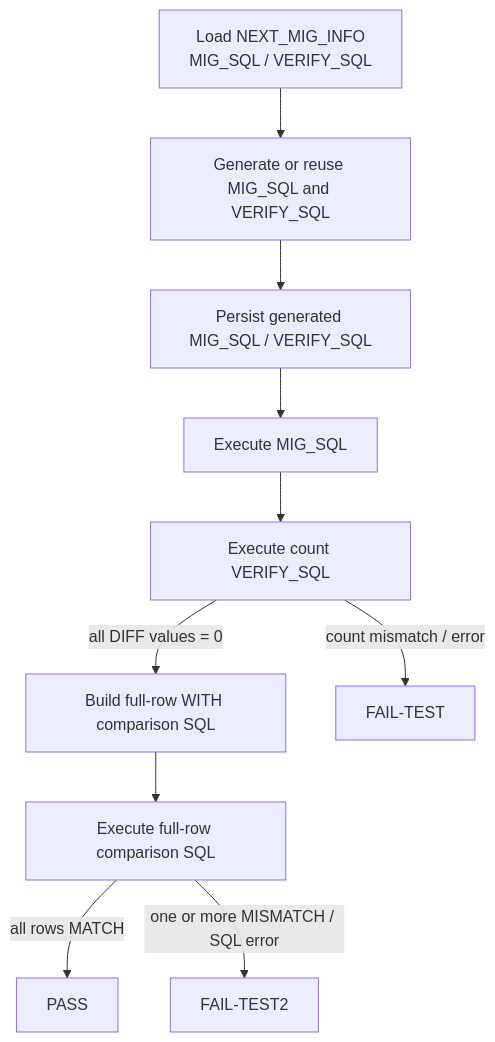
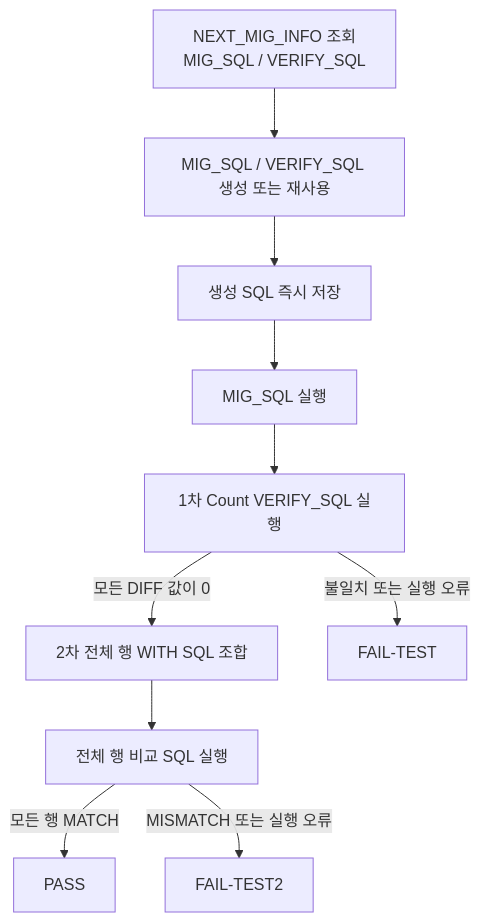
One commit to seongikjin227-jpg/refactoring_smartMigrate changed the first of 2 diagrams in smartMigrate_2.0_Langflow/00_guide/00_executor2_full_row_verify_guide.md. Above: the diagram before and after it, drawn with Mermaid. The commit also changed other lines of this file and 5 other files, not shown here.

````diff
--- a/smartMigrate_2.0_Langflow/00_guide/00_executor2_full_row_verify_guide.md
+++ b/smartMigrate_2.0_Langflow/00_guide/00_executor2_full_row_verify_guide.md
@@ -8,12 +7,12 @@
 ```mermaid
 flowchart TD
-    A[Load NEXT_MIG_INFO<br/>MIG_SQL / VERIFY_SQL] --> B[Generate or reuse MIG_SQL and VERIFY_SQL]
-    B --> C[Persist generated MIG_SQL / VERIFY_SQL]
-    C --> D[Execute MIG_SQL]
-    D --> E[Execute count VERIFY_SQL]
-    E -->|all DIFF values = 0| F[Build full-row WITH comparison SQL]
-    E -->|count mismatch / error| G[FAIL-TEST]
-    F --> H[Execute full-row comparison SQL]
-    H -->|all rows MATCH| I[PASS]
-    H -->|one or more MISMATCH / SQL error| J[FAIL-TEST2]
+    A[NEXT_MIG_INFO 조회<br/>MIG_SQL / VERIFY_SQL] --> B[MIG_SQL / VERIFY_SQL 생성 또는 재사용]
+    B --> C[생성 SQL 즉시 저장]
+    C --> D[MIG_SQL 실행]
+    D --> E[1차 Count VERIFY_SQL 실행]
+    E -->|모든 DIFF 값이 0| F[2차 전체 행 WITH SQL 조합]
+    E -->|불일치 또는 실행 오류| G[FAIL-TEST]
+    F --> H[전체 행 비교 SQL 실행]
+    H -->|모든 행 MATCH| I[PASS]
+    H -->|MISMATCH 또는 실행 오류| J[FAIL-TEST2]
 ```
````
